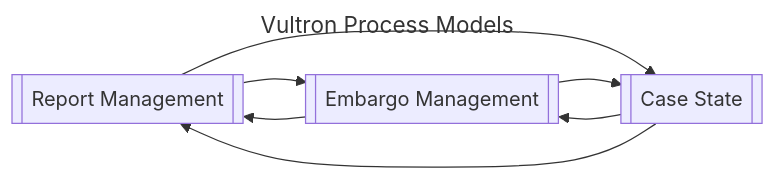
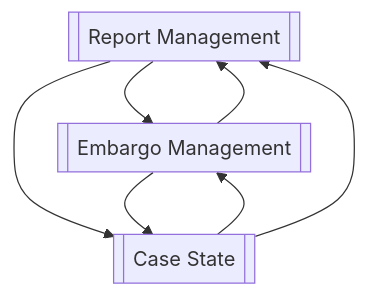
Before and after one commit to CERTCC/Vultron: the first of 2 diagrams in docs/topics/process_models/index.md, drawn with Mermaid. The commit also changed other lines of this file and 19 other files, not shown here.

````diff
--- a/docs/topics/process_models/index.md
+++ b/docs/topics/process_models/index.md
@@ -5,15 +5,12 @@
-```mermaid
----
-title: Vultron Process Models
----
-graph LR
-    RM[[Report Management]]
-    EM[[Embargo Management]]
-    CS[[Case State]]
-    RM --> EM
-    RM --> CS
-    EM --> RM
-    EM --> CS
-    CS --> EM
-    CS --> RM
-```
+    ```mermaid
+    graph TD
+        RM[[Report Management]]
+        EM[[Embargo Management]]
+        CS[[Case State]]
+        RM --> EM
+        RM --> CS
+        EM --> RM
+        EM --> CS
+        CS --> EM
+        CS --> RM
+    ```
````
